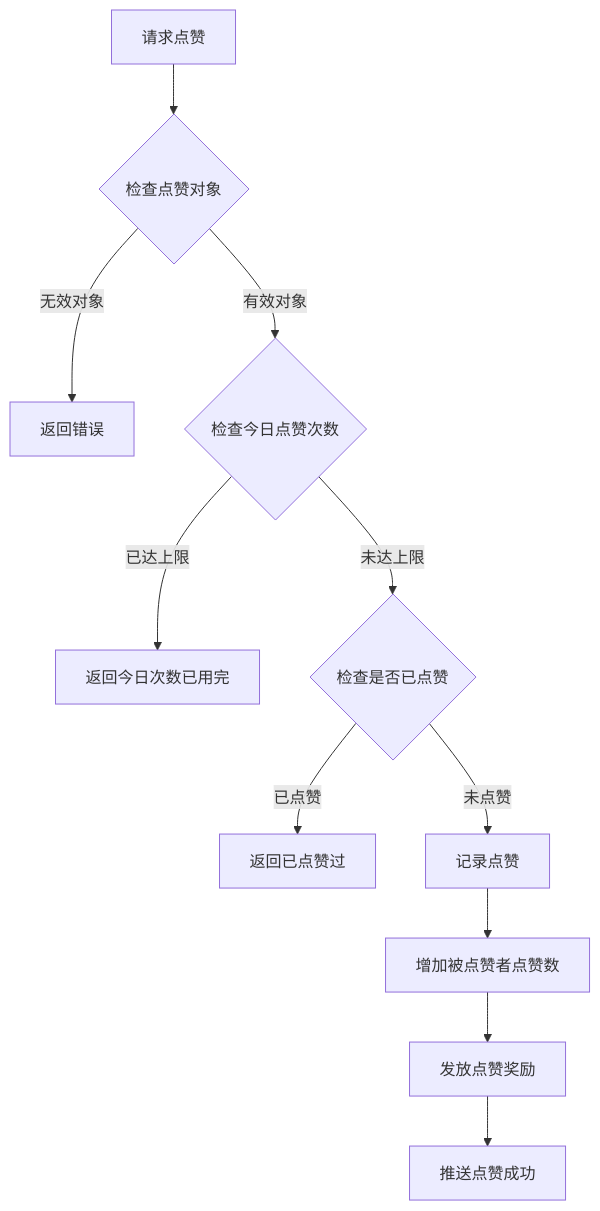
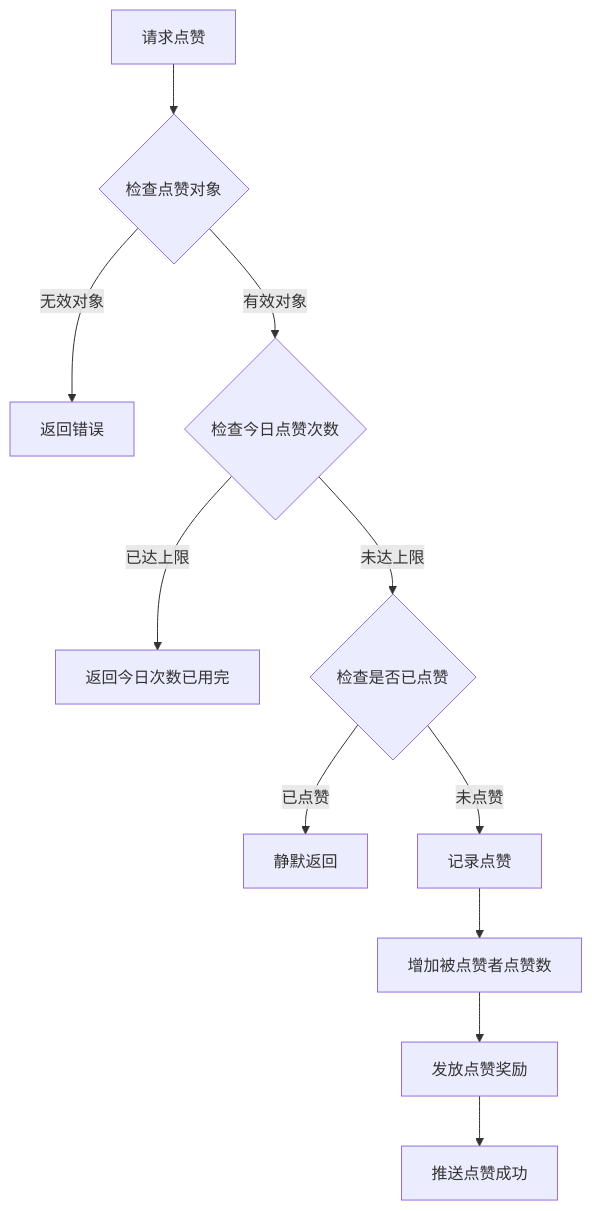
One commit to Alan-Ben/k2c_game_framework changed the third of 9 diagrams in docs/Module_Rank/05_完整说明.md. Above: the diagram before and after it, drawn with Mermaid. The commit also changed other lines of this file and 10 other files, not shown here.

Commit message:
docs: 完善 Consort/Mail/Rank 模块文档 - mermaid图、代码示例、完整字段列表

````diff
--- a/docs/Module_Rank/05_完整说明.md
+++ b/docs/Module_Rank/05_完整说明.md
@@ -148,13 +146,13 @@
 ```mermaid
 flowchart TD
     A[请求点赞] --> B{检查点赞对象}
     B -->|无效对象| C[返回错误]
     B -->|有效对象| D{检查今日点赞次数}
     D -->|已达上限| E[返回今日次数已用完]
     D -->|未达上限| F{检查是否已点赞}
-    F -->|已点赞| G[返回已点赞过]
+    F -->|已点赞| G[静默返回]
     F -->|未点赞| H[记录点赞]
     H --> I[增加被点赞者点赞数]
     I --> J[发放点赞奖励]
     J --> K[推送点赞成功]
 ```
````
